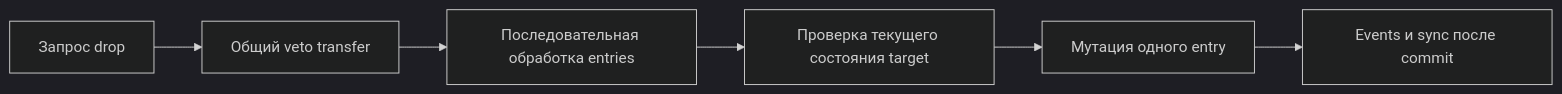
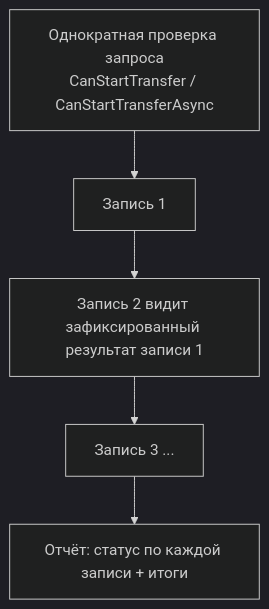
The second of 2 diagrams in .docs/content/architecture/transfer-pipeline.ru.md (SergeevSergey99/DragAndDropSystem-Docs), drawn with Mermaid (dark theme) before and after one commit. The commit also changed other lines of this file and 15 other files, not shown here.

````diff
--- a/.docs/content/architecture/transfer-pipeline.ru.md
+++ b/.docs/content/architecture/transfer-pipeline.ru.md
@@ -13,8 +161,7 @@
 ```mermaid
-flowchart LR
-    A["Запрос drop"] --> B["Общий veto transfer"]
-    B --> C["Последовательная обработка entries"]
-    C --> D["Проверка текущего состояния target"]
-    D --> E["Мутация одного entry"]
-    E --> F["Events и sync после commit"]
+flowchart TD
+    A["Однократная проверка запроса<br/>CanStartTransfer / CanStartTransferAsync"] --> B["Запись 1"]
+    B --> C["Запись 2 видит зафиксированный результат записи 1"]
+    C --> D["Запись 3 ..."]
+    D --> E["Отчёт: статус по каждой записи + итоги"]
 ```
````
